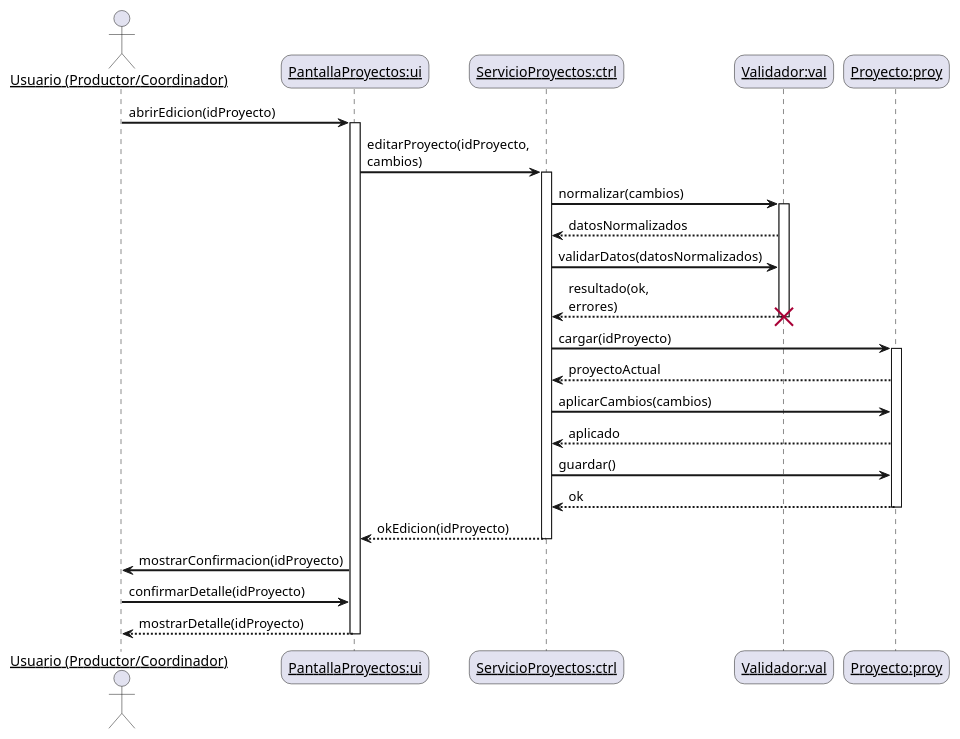
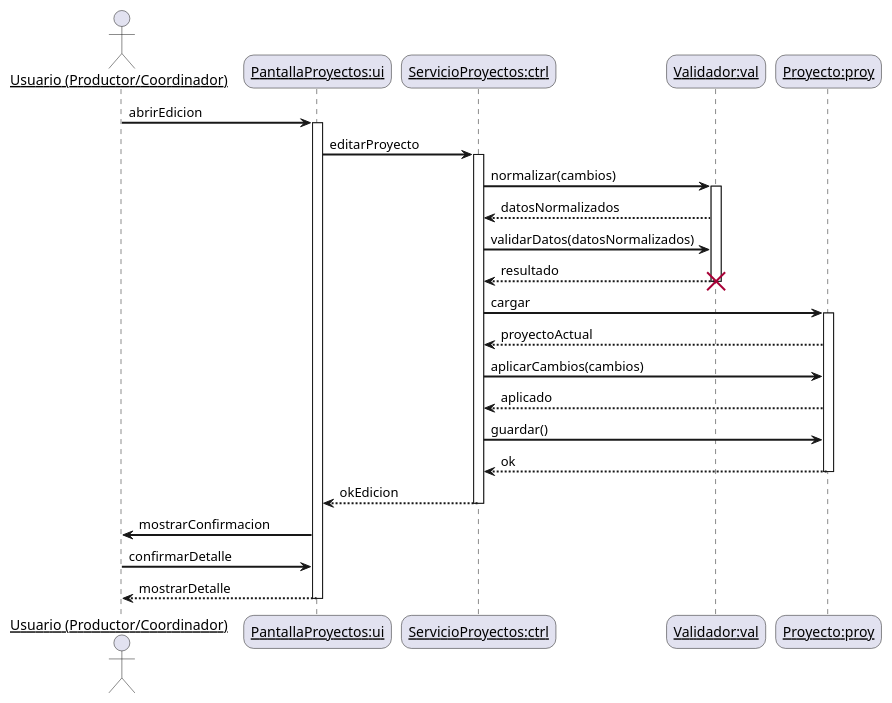
The diagram in diagramas/05-diagramas-secuencia/05-secuencia-caso-uso-01-editar-proyecto-escenario-01.puml (dantebiondi666-prog/SistemaProductoraVideos), drawn with PlantUML before and after one commit. The commit also changed 13 other files, not shown here.

Commit message:
corrección de todos los diagramas de secuencia y del índice + changelog update

```diff
--- a/diagramas/05-diagramas-secuencia/05-secuencia-caso-uso-01-editar-proyecto-escenario-01.puml
+++ b/diagramas/05-diagramas-secuencia/05-secuencia-caso-uso-01-editar-proyecto-escenario-01.puml
@@ -1,40 +1,40 @@
-@startuml
+@startuml diagsecuencia01
 skinparam sequenceArrowThickness 2
 skinparam roundcorner 20
 skinparam maxmessagesize 60
 skinparam sequenceParticipant underline
 
 actor "Usuario (Productor/Coordinador)" as user
 participant "PantallaProyectos:ui" as ui
 participant "ServicioProyectos:ctrl" as ctrl
 participant "Validador:val" as val
 participant "Proyecto:proy" as proy
 
-user -> ui: abrirEdicion(idProyecto)
+user -> ui: abrirEdicion
 activate ui
-ui -> ctrl: editarProyecto(idProyecto, cambios)
+ui -> ctrl: editarProyecto
 activate ctrl
 
 ctrl -> val: normalizar(cambios)
 activate val
 val --> ctrl: datosNormalizados
 ctrl -> val: validarDatos(datosNormalizados)
-val --> ctrl: resultado(ok, errores)
+val --> ctrl: resultado
 destroy val
 
-ctrl -> proy: cargar(idProyecto)
+ctrl -> proy: cargar
 activate proy
 proy --> ctrl: proyectoActual
 ctrl -> proy: aplicarCambios(cambios)
 proy --> ctrl: aplicado
 ctrl -> proy: guardar()
 proy --> ctrl: ok
 deactivate proy
 
-ctrl --> ui: okEdicion(idProyecto)
+ctrl --> ui: okEdicion
 deactivate ctrl
-ui -> user: mostrarConfirmacion(idProyecto)
-user -> ui: confirmarDetalle(idProyecto)
-ui --> user: mostrarDetalle(idProyecto)
+ui -> user: mostrarConfirmacion
+user -> ui: confirmarDetalle
+ui --> user: mostrarDetalle
 deactivate ui
 @enduml
```
